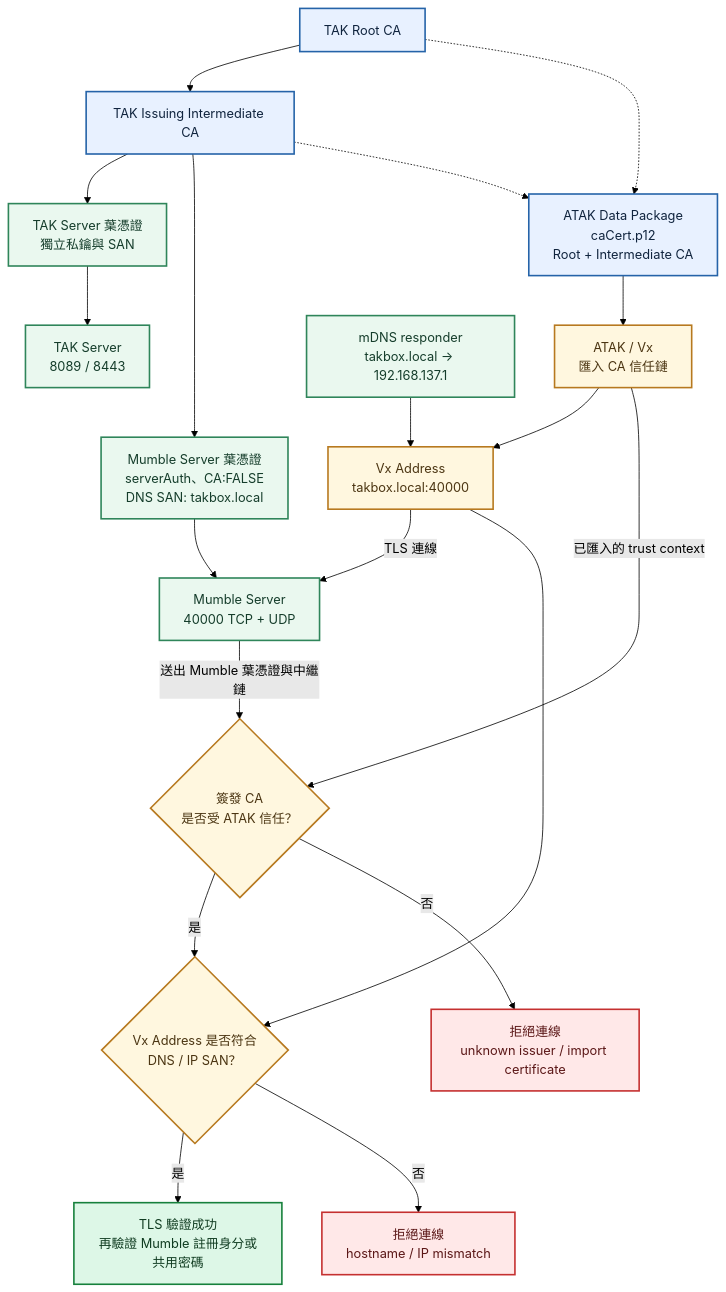
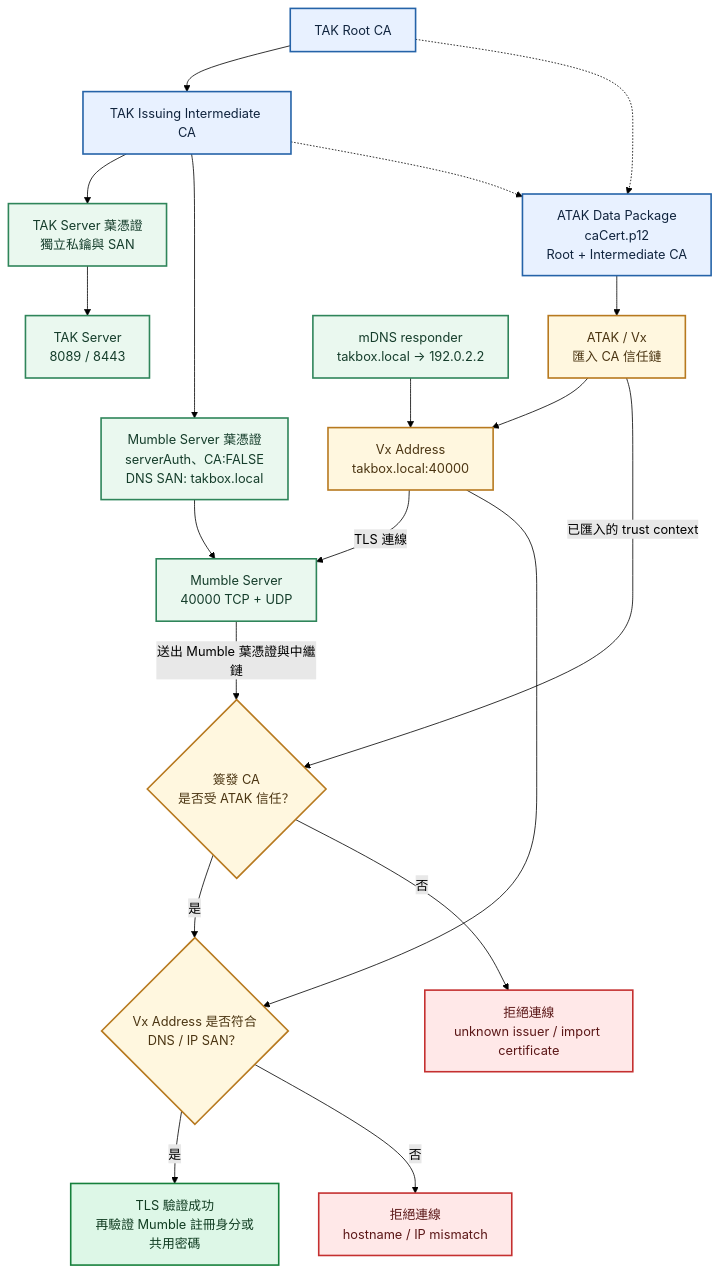
Before and after one commit to swim-fish/tak-server-docker: the diagram in docs/security/certificates.md, drawn with Mermaid (forest theme). The commit also changed other lines of this file and 3 other files, not shown here.

````diff
--- a/docs/security/certificates.md
+++ b/docs/security/certificates.md
@@ -39,39 +41,39 @@
 ```mermaid
 flowchart TB
     ROOT["TAK Root CA"] --> ICA["TAK Issuing Intermediate CA"]
 
     ICA --> TAKCERT["TAK Server 葉憑證<br/>獨立私鑰與 SAN"]
     ICA --> MUMCERT["Mumble Server 葉憑證<br/>serverAuth、CA:FALSE<br/>DNS SAN: takbox.local"]
 
     TAKCERT --> TAKSERVER["TAK Server<br/>8089 / 8443"]
     MUMCERT --> MUMBLE["Mumble Server<br/>40000 TCP + UDP"]
 
     ROOT -.-> CAP12["ATAK Data Package<br/>caCert.p12<br/>Root + Intermediate CA"]
     ICA -.-> CAP12
     CAP12 --> ATAK["ATAK / Vx<br/>匯入 CA 信任鏈"]
 
-    MDNS["mDNS responder<br/>takbox.local → 192.168.137.1"] --> ADDRESS["Vx Address<br/>takbox.local:40000"]
+    MDNS["mDNS responder<br/>takbox.local → 192.0.2.2"] --> ADDRESS["Vx Address<br/>takbox.local:40000"]
     ATAK --> ADDRESS
     ADDRESS -->|"TLS 連線"| MUMBLE
 
     MUMBLE -->|"送出 Mumble 葉憑證與中繼鏈"| CHAIN{"簽發 CA<br/>是否受 ATAK 信任？"}
     ATAK -->|"已匯入的 trust context"| CHAIN
     CHAIN -->|"是"| SAN{"Vx Address 是否符合<br/>DNS / IP SAN？"}
     ADDRESS --> SAN
     SAN -->|"是"| PASS["TLS 驗證成功<br/>再驗證 Mumble 註冊身分或共用密碼"]
 
     CHAIN -->|"否"| FAILCA["拒絕連線<br/>unknown issuer / import certificate"]
     SAN -->|"否"| FAILSAN["拒絕連線<br/>hostname / IP mismatch"]
 
     classDef ca fill:#e8f1ff,stroke:#2563a8,stroke-width:2px,color:#10243e;
     classDef server fill:#eaf8ef,stroke:#2f855a,stroke-width:2px,color:#153d2b;
     classDef client fill:#fff7df,stroke:#b7791f,stroke-width:2px,color:#4b3512;
     classDef success fill:#ddf7e7,stroke:#16803c,stroke-width:2px,color:#103c21;
     classDef failure fill:#ffe8e8,stroke:#c53030,stroke-width:2px,color:#5b1717;
 
     class ROOT,ICA,CAP12 ca;
     class TAKCERT,MUMCERT,TAKSERVER,MUMBLE,MDNS server;
     class ATAK,ADDRESS,CHAIN,SAN client;
     class PASS success;
     class FAILCA,FAILSAN failure;
 ```
````
